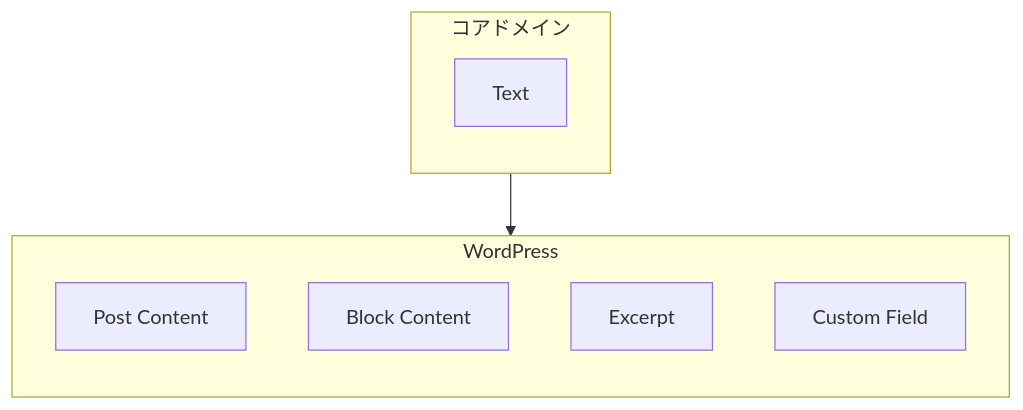
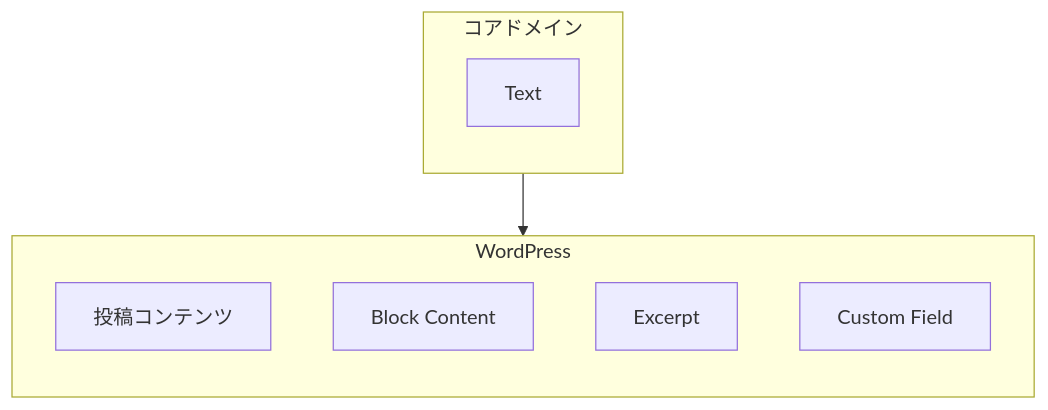
Before and after one commit to stein2nd/docs-linter: the fourth of 11 diagrams in docsMod/in_wordpress.md, drawn with Mermaid. The commit also changed other lines of this file, not shown here.

````diff
--- a/docsMod/in_wordpress.md
+++ b/docsMod/in_wordpress.md
@@ -133,17 +133,17 @@
 ```mermaid
 flowchart TD
     subgraph CoreDomain ["コアドメイン"]
         direction TB
         c1["Text"]
     end
 
     subgraph WordPress ["WordPress"]
         direction TB
-        r1["Post Content"]
+        r1["投稿コンテンツ"]
         r2["Block Content"]
         r3["Excerpt"]
         r4["Custom Field"]
     end
 
     CoreDomain --> WordPress
 ```
````
